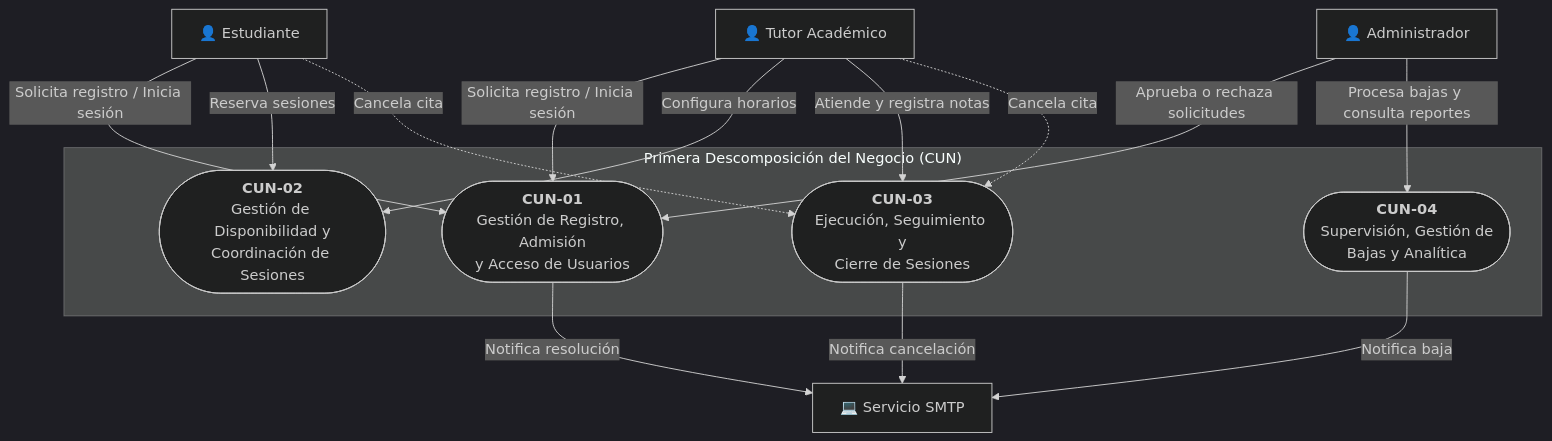
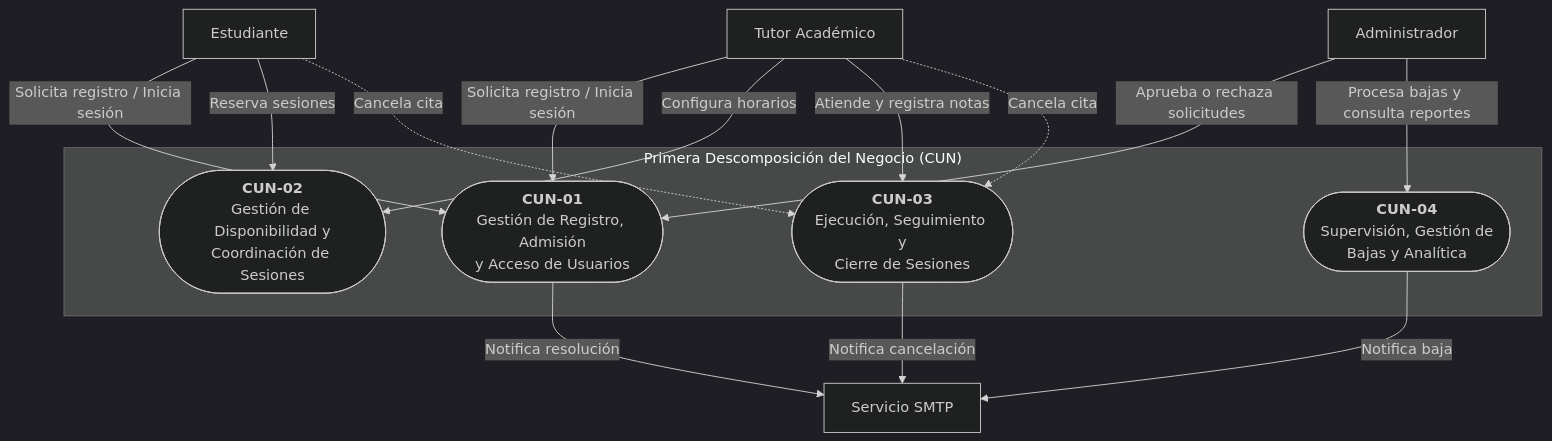
The third of 8 diagrams in docs/casos-de-uso/diagrama-casos-de-uso.md (Sebastian-G-0607/AYD1_2S_G7), drawn with Mermaid (dark theme) before and after one commit. The commit also changed other lines of this file, not shown here.

Commit message:
fix: eliminar emojis e iconos del markdown de diagramas de casos de uso

````diff
--- a/docs/casos-de-uso/diagrama-casos-de-uso.md
+++ b/docs/casos-de-uso/diagrama-casos-de-uso.md
@@ -70,30 +70,30 @@
 ```mermaid
 flowchart TB
-    Estudiante["👤 Estudiante"]
-    Tutor["👤 Tutor Académico"]
-    Admin["👤 Administrador"]
-    EmailService["💻 Servicio SMTP"]
+    Estudiante[" Estudiante"]
+    Tutor[" Tutor Académico"]
+    Admin[" Administrador"]
+    EmailService[" Servicio SMTP"]
 
     subgraph PrimeraDescomposicion ["Primera Descomposición del Negocio (CUN)"]
         CUN01(["<b>CUN-01</b><br/>Gestión de Registro, Admisión<br/>y Acceso de Usuarios"])
         CUN02(["<b>CUN-02</b><br/>Gestión de Disponibilidad y<br/>Coordinación de Sesiones"])
         CUN03(["<b>CUN-03</b><br/>Ejecución, Seguimiento y<br/>Cierre de Sesiones"])
         CUN04(["<b>CUN-04</b><br/>Supervisión, Gestión de<br/>Bajas y Analítica"])
     end
 
     Estudiante -->|Solicita registro / Inicia sesión| CUN01
     Tutor -->|Solicita registro / Inicia sesión| CUN01
     Admin -->|Aprueba o rechaza solicitudes| CUN01
     CUN01 -->|Notifica resolución| EmailService
 
     Tutor -->|Configura horarios| CUN02
     Estudiante -->|Reserva sesiones| CUN02
 
     Tutor -->|Atiende y registra notas| CUN03
     Tutor -.->|Cancela cita| CUN03
     Estudiante -.->|Cancela cita| CUN03
     CUN03 -->|Notifica cancelación| EmailService
 
     Admin -->|Procesa bajas y consulta reportes| CUN04
     CUN04 -->|Notifica baja| EmailService
 ```
````
